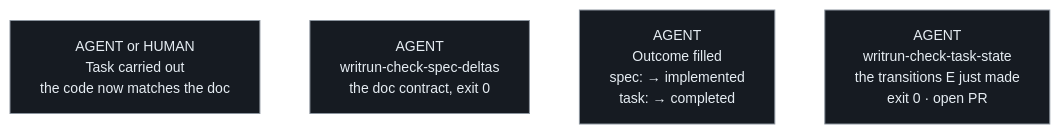
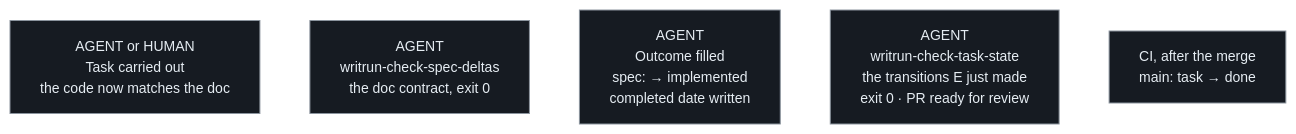
The diagram in docs/product/pull-requests/finishing.md (thomasfranke/writrun), drawn with Mermaid before and after one commit. The commit also changed other lines of this file and 20 other files, not shown here.

````diff
--- a/docs/product/pull-requests/finishing.md
+++ b/docs/product/pull-requests/finishing.md
@@ -18,9 +24,10 @@
 ```mermaid
 %%{init: {'theme':'base','themeVariables':{'background':'#0d1117','primaryColor':'#161b22','primaryTextColor':'#e6edf3','primaryBorderColor':'#8b949e','lineColor':'#ffffff','secondaryColor':'#161b22','tertiaryColor':'#161b22','fontSize':'14px'}}}%%
 flowchart LR
     C["AGENT or HUMAN<br/>Task carried out<br/>the code now matches the doc"]
     D["AGENT<br/>writrun-check-spec-deltas<br/>the doc contract, exit 0"]
-    E["AGENT<br/>Outcome filled<br/>spec: → implemented<br/>task: → completed"]
-    F["AGENT<br/>writrun-check-task-state<br/>the transitions E just made<br/>exit 0 · open PR"]
-    C --> D --> E --> F
+    E["AGENT<br/>Outcome filled<br/>spec: → implemented<br/>completed date written"]
+    F["AGENT<br/>writrun-check-task-state<br/>the transitions E just made<br/>exit 0 · PR ready for review"]
+    G["CI, after the merge<br/>main: task → done"]
+    C --> D --> E --> F --> G
 ```
````
